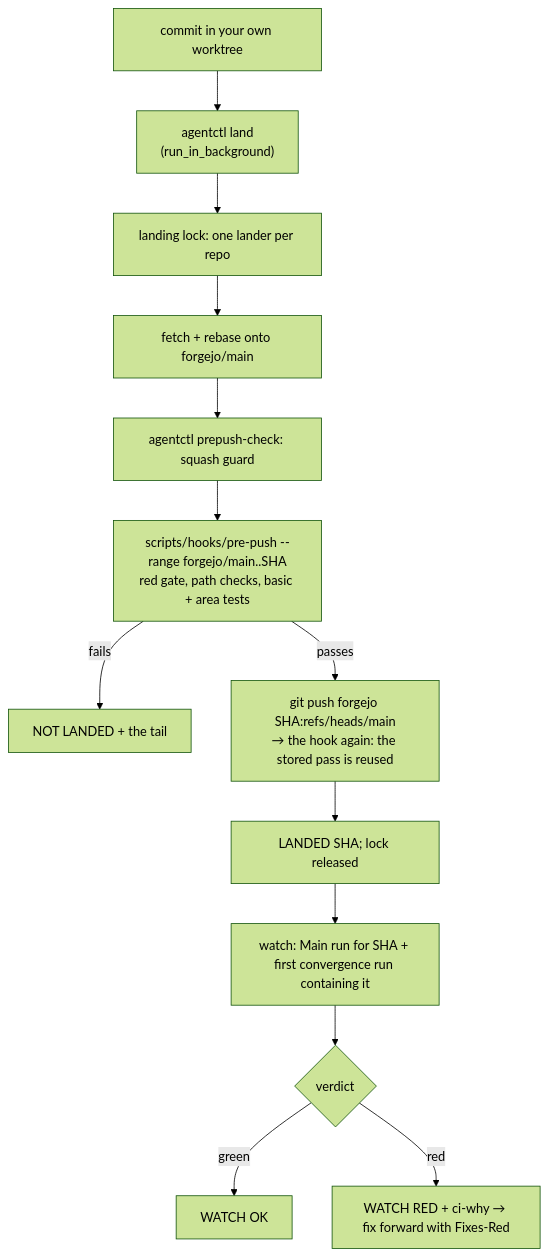
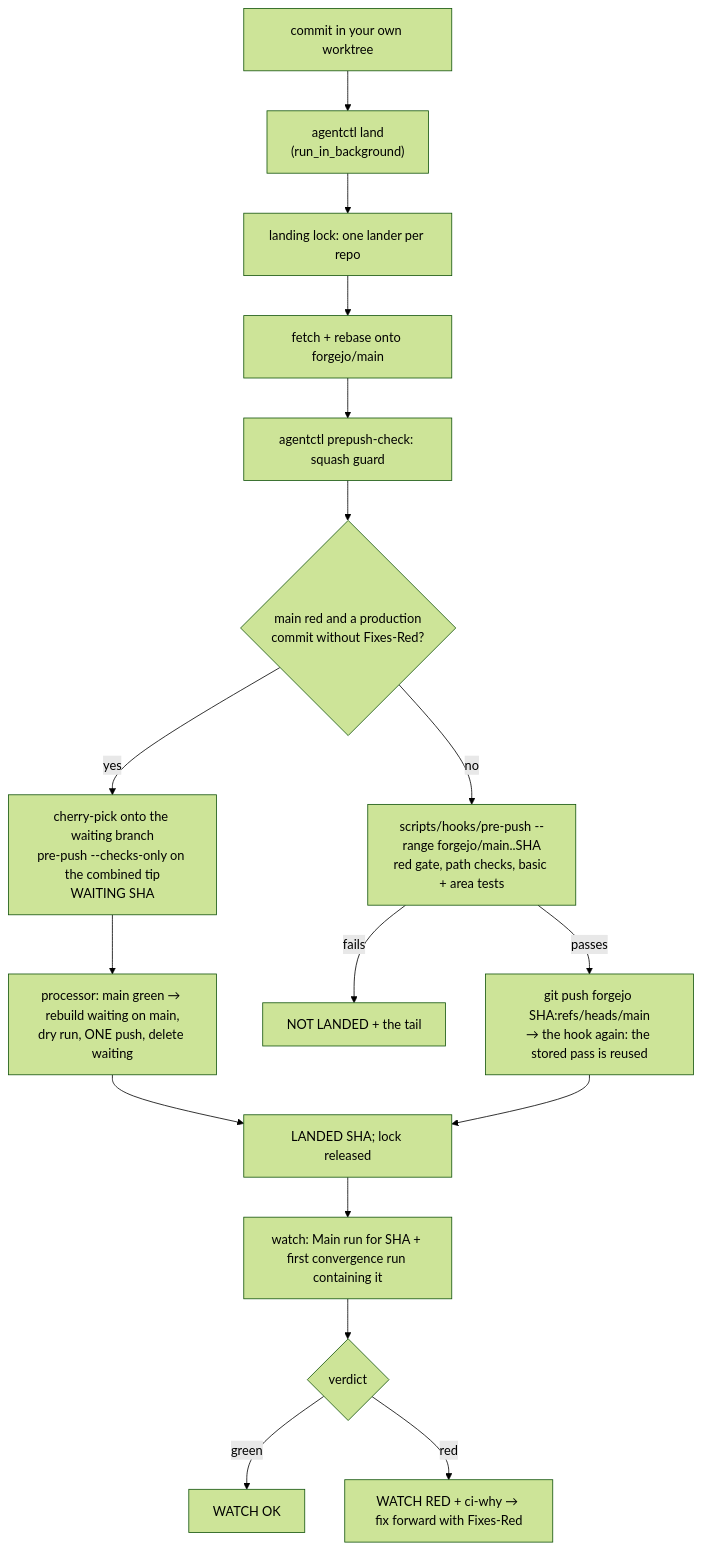
The diagram in docs/landing-process.md (pawelkrupinski/movies), drawn with Mermaid (forest theme) before and after one commit. The commit also changed other lines of this file and 3 other files, not shown here.

First line of the commit message:
pre-push --checks-only: every check without the red gate, for agentctl's waiting branch while main is red

````diff
--- a/docs/landing-process.md
+++ b/docs/landing-process.md
@@ -33,15 +35,19 @@
 ```mermaid
 flowchart TD
     C[commit in your own worktree] --> L["agentctl land<br/>(run_in_background)"]
     L --> K[landing lock: one lander per repo]
     K --> F[fetch + rebase onto forgejo/main]
     F --> P[agentctl prepush-check: squash guard]
-    P --> D["scripts/hooks/pre-push --range forgejo/main..SHA<br/>red gate, path checks, basic + area tests"]
+    P --> G{main red and a production<br/>commit without Fixes-Red?}
+    G -- yes --> WB["cherry-pick onto the waiting branch<br/>pre-push --checks-only on the combined tip<br/>WAITING SHA"]
+    WB --> WP["processor: main green → rebuild waiting on main,<br/>dry run, ONE push, delete waiting"]
+    WP --> V
+    G -- no --> D["scripts/hooks/pre-push --range forgejo/main..SHA<br/>red gate, path checks, basic + area tests"]
     D -- fails --> N[NOT LANDED + the tail]
     D -- passes --> H["git push forgejo SHA:refs/heads/main<br/>→ the hook again: the stored pass is reused"]
     H --> V[LANDED SHA; lock released]
     V --> W["watch: Main run for SHA + first convergence run containing it"]
     W --> R{verdict}
     R -- green --> OK[WATCH OK]
     R -- red --> RED["WATCH RED + ci-why → fix forward with Fixes-Red"]
 ```
````
